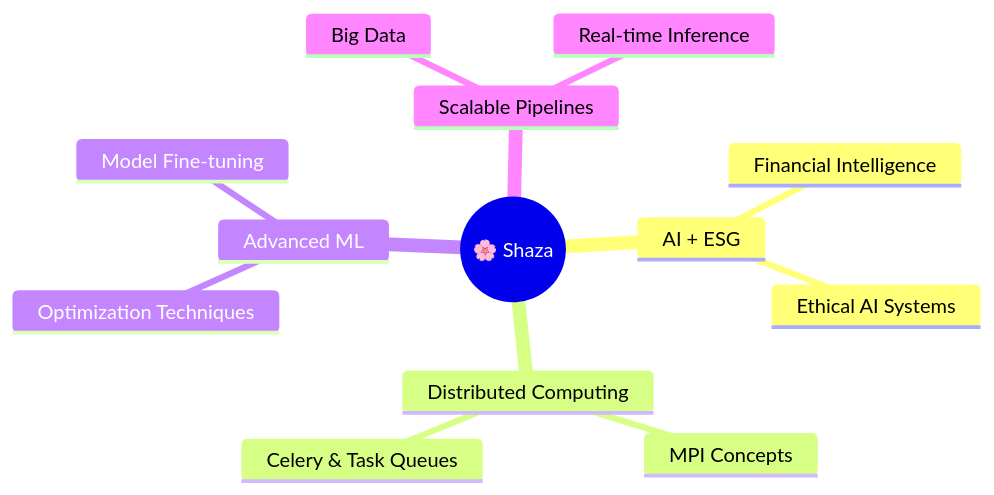
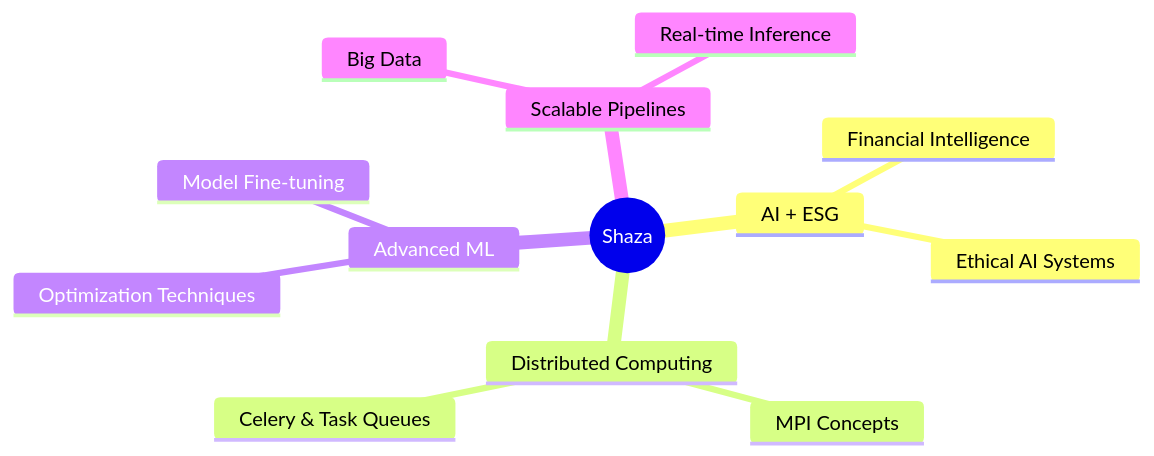
One commit to ShazaSaad/ShazaSaad changed the diagram in README.md. Above: the diagram before and after it, drawn with Mermaid.

````diff
--- a/README.md
+++ b/README.md
@@ -175,16 +175,16 @@
 ```mermaid
 mindmap
-  root((🌸 Shaza))
+  root((Shaza))
     AI + ESG
       Financial Intelligence
       Ethical AI Systems
     Distributed Computing
       MPI Concepts
       Celery & Task Queues
     Advanced ML
       Optimization Techniques
       Model Fine-tuning
     Scalable Pipelines
       Big Data
       Real-time Inference
 ```
````
